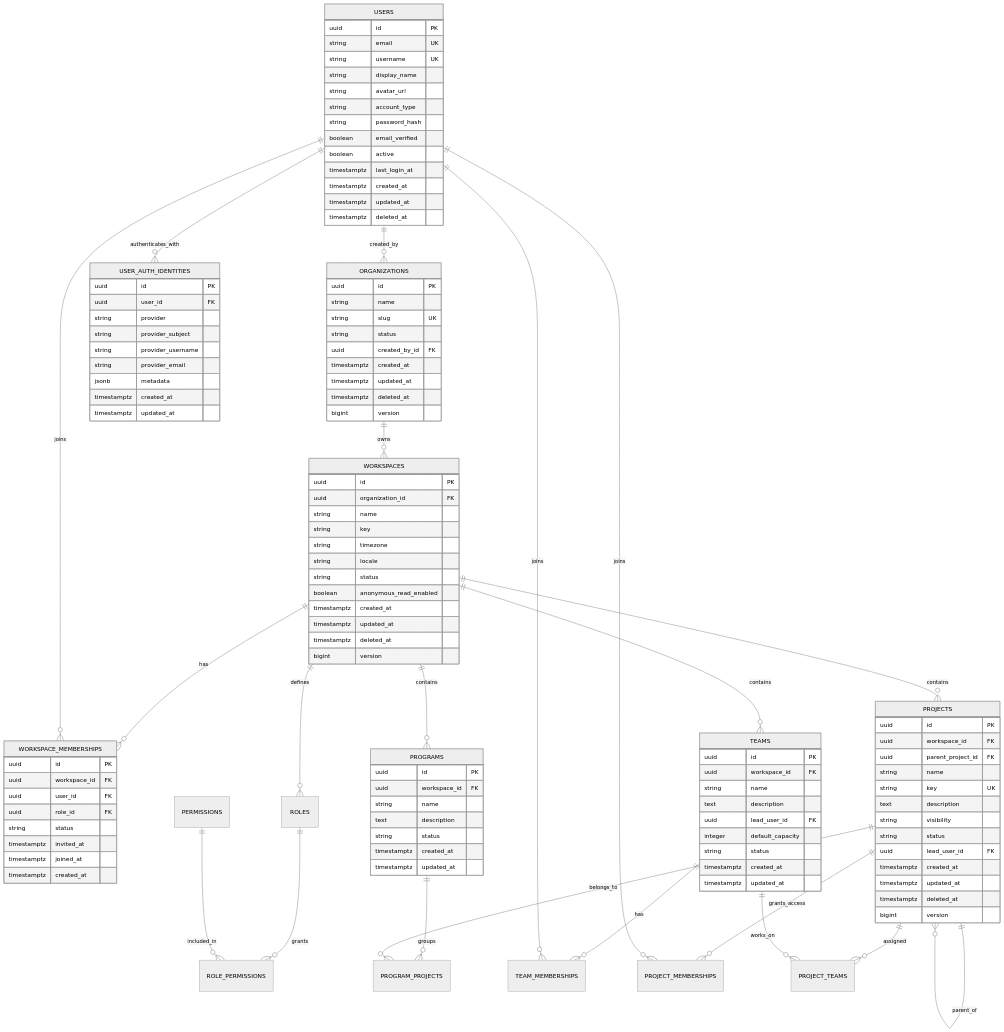
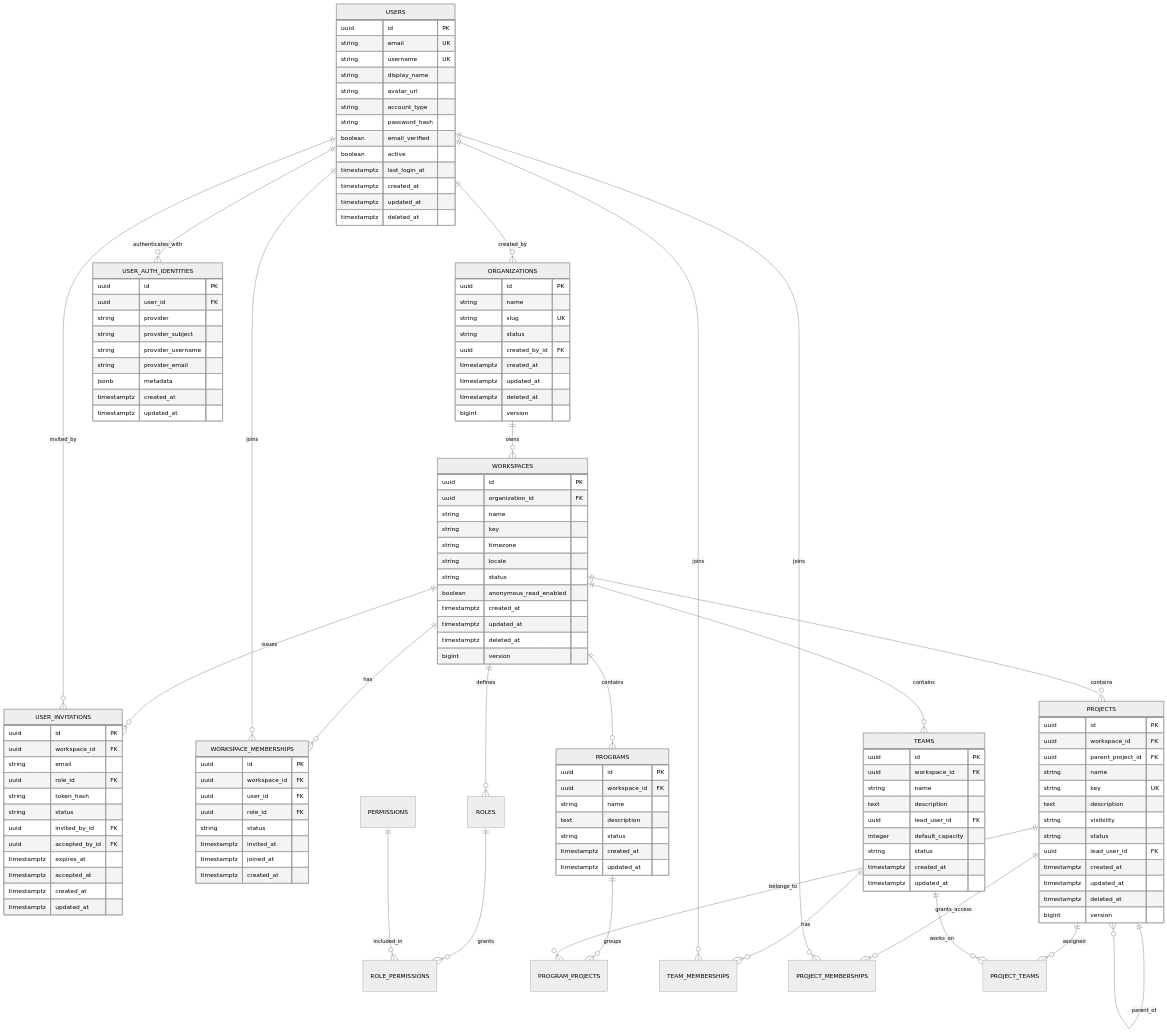
Before and after one commit to StrangeQuark/trasck: the first of 6 diagrams in TECH_SPECS.MD, drawn with Mermaid (neutral theme). The commit also changed other lines of this file and 42 other files, not shown here.

```diff
--- a/TECH_SPECS.MD
+++ b/TECH_SPECS.MD
@@ -192,6 +207,8 @@
     ORGANIZATIONS ||--o{ WORKSPACES : owns
     USERS ||--o{ ORGANIZATIONS : created_by
     USERS ||--o{ USER_AUTH_IDENTITIES : authenticates_with
+    WORKSPACES ||--o{ USER_INVITATIONS : issues
+    USERS ||--o{ USER_INVITATIONS : invited_by
     WORKSPACES ||--o{ WORKSPACE_MEMBERSHIPS : has
     USERS ||--o{ WORKSPACE_MEMBERSHIPS : joins
     WORKSPACES ||--o{ ROLES : defines
@@ -265,6 +282,21 @@
         timestamptz updated_at
     }
 
+    USER_INVITATIONS {
+        uuid id PK
+        uuid workspace_id FK
+        string email
+        uuid role_id FK
+        string token_hash
+        string status
+        uuid invited_by_id FK
+        uuid accepted_by_id FK
+        timestamptz expires_at
+        timestamptz accepted_at
+        timestamptz created_at
+        timestamptz updated_at
+    }
+
     WORKSPACE_MEMBERSHIPS {
         uuid id PK
         uuid workspace_id FK
```
